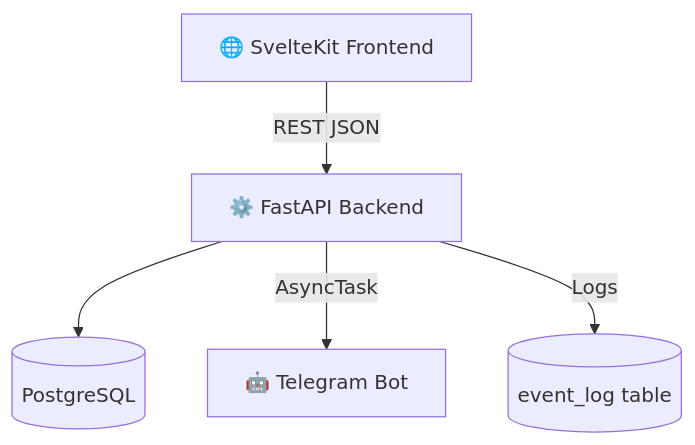
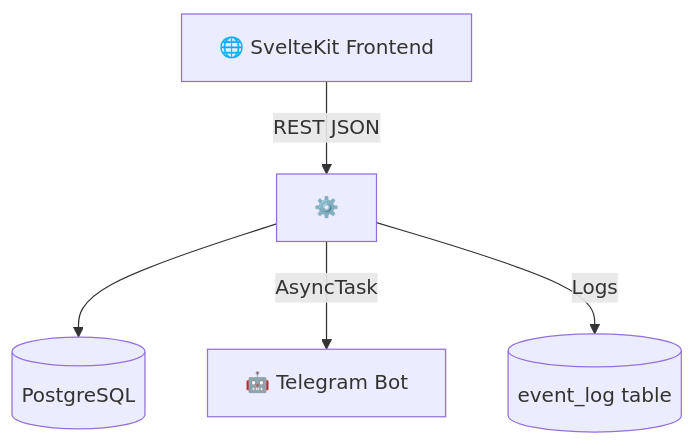
Before and after one commit to nicelightio/Khujandi_mini_app: the first of 2 diagrams in docs/ARCHITECTURE_OVERVIEW.md, drawn with Mermaid. The commit also changed other lines of this file and 6 other files, not shown here.

````diff
--- a/docs/ARCHITECTURE_OVERVIEW.md
+++ b/docs/ARCHITECTURE_OVERVIEW.md
@@ -33,7 +23,7 @@
 ```mermaid
 graph TD
-    FE[🌐 SvelteKit Frontend] -- REST JSON --> BE[⚙️ FastAPI Backend]
+    FE[🌐 SvelteKit Frontend] -- REST JSON --> BE[⚙️]
     BE --> DB[(PostgreSQL)]
     BE -- AsyncTask --> TG[🤖 Telegram Bot]
     BE -- Logs -->  EL[(event_log table)]
 ```
````
